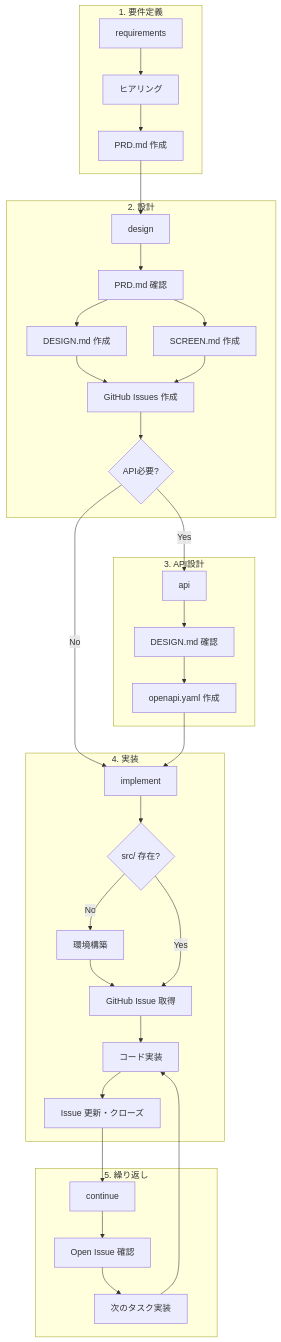
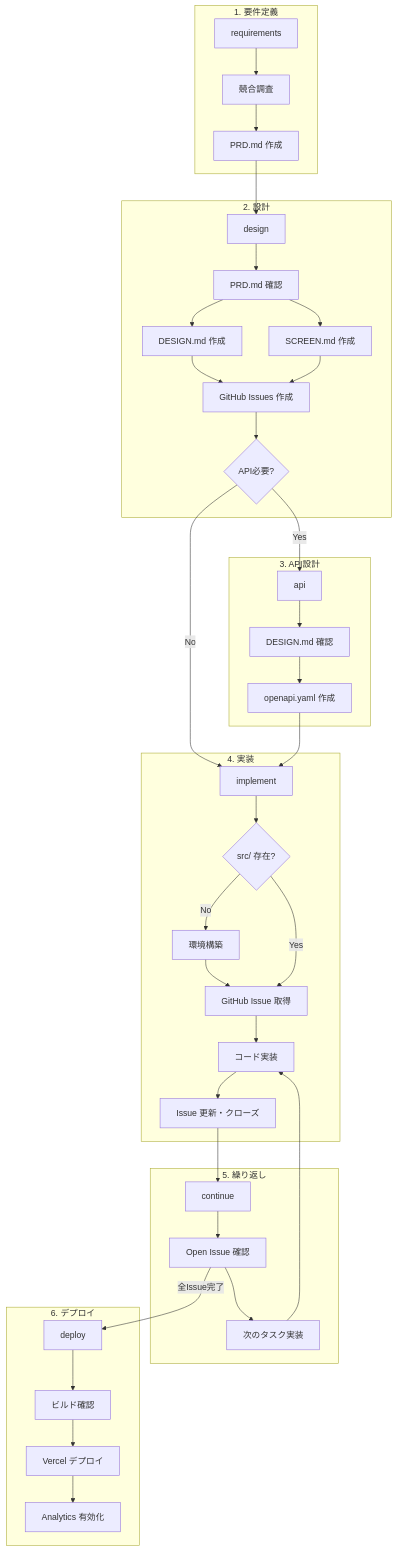
The diagram in docs/DEVELOPMENT_FLOW.md (machina-gg/gg-profile), drawn with Mermaid before and after one commit. The commit also changed other lines of this file and 16 other files, not shown here.

````diff
--- a/docs/DEVELOPMENT_FLOW.md
+++ b/docs/DEVELOPMENT_FLOW.md
@@ -5,36 +5,42 @@
 ```mermaid
 flowchart TB
     subgraph phase1 [1. 要件定義]
-        A1["requirements"] --> A2["ヒアリング"] --> A3["PRD.md 作成"]
+        A1["requirements"] --> A2["競合調査"] --> A3["PRD.md 作成"]
     end
 
     subgraph phase2 [2. 設計]
         B1["design"] --> B2["PRD.md 確認"] --> B3["DESIGN.md 作成"]
         B2 --> B4["SCREEN.md 作成"]
         B3 --> B5["GitHub Issues 作成"]
         B4 --> B5
         B5 --> B6{"API必要?"}
     end
 
     subgraph phase3 [3. API設計]
         C1["api"] --> C2["DESIGN.md 確認"] --> C3["openapi.yaml 作成"]
     end
 
     subgraph phase4 [4. 実装]
         D1["implement"] --> D2{"src/ 存在?"}
         D2 -->|No| D3["環境構築"] --> D4["GitHub Issue 取得"]
         D2 -->|Yes| D4
         D4 --> D5["コード実装"] --> D6["Issue 更新・クローズ"]
     end
 
     subgraph phase5 [5. 繰り返し]
         E1["continue"] --> E2["Open Issue 確認"] --> E3["次のタスク実装"]
     end
 
+    subgraph phase6 [6. デプロイ]
+        F1["deploy"] --> F2["ビルド確認"] --> F3["Vercel デプロイ"]
+        F3 --> F4["Analytics 有効化"]
+    end
+
     A3 --> B1
     B6 -->|Yes| C1
     B6 -->|No| D1
     C3 --> D1
     D6 --> E1
     E3 --> D5
+    E2 -->|全Issue完了| F1
 ```
````
